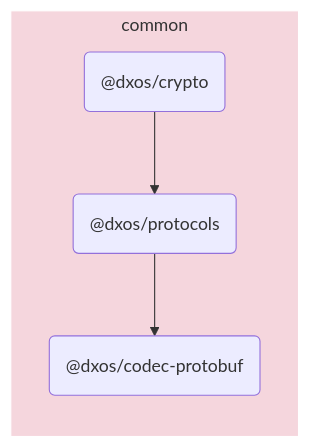
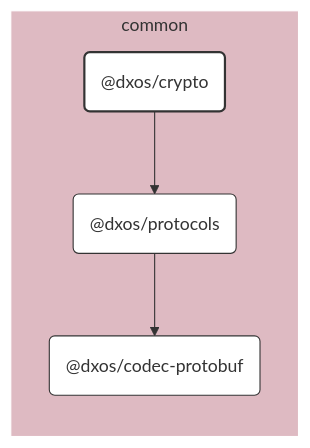
Before and after one commit to dxos/dxos: the diagram in packages/common/crypto/docs/README.md, drawn with Mermaid. The commit also changed other lines of this file and 109 other files, not shown here.

````diff
--- a/packages/common/crypto/docs/README.md
+++ b/packages/common/crypto/docs/README.md
@@ -5,13 +7,33 @@
 ```mermaid
-flowchart LR;
+%%{ init: {'flowchart':{'curve':'basis'}} }%%
 
+flowchart LR
+
+%% Links
+dxos/crypto --> dxos/protocols;
+dxos/protocols --> dxos/codec-protobuf;
+
+%% Sections
 subgraph common
-  style common fill:#f5d6dd,stroke:#fff;
-  dxos/crypto("@dxos/crypto");
-  dxos/protocols("@dxos/protocols");
-  dxos/codec-protobuf("@dxos/codec-protobuf");
+  style common fill:#debac2,stroke:#fff;
+
+  dxos/codec-protobuf("@dxos/codec-protobuf")
+  dxos/crypto("@dxos/crypto")
+  dxos/protocols("@dxos/protocols")
 end
 
-dxos/crypto --> dxos/protocols;
-dxos/protocols --> dxos/codec-protobuf;
+
+%% Hyperlinks
+click dxos/codec-protobuf href "https:/github.com/dxos/dxos/tree/main/packages/common/codec-protobuf/docs";
+click dxos/protocols href "https:/github.com/dxos/dxos/tree/main/packages/common/protocols/docs";
+
+%% Styles
+classDef rootNode fill:#fff,stroke:#333,stroke-width:2px
+classDef defaultNode fill:#fff,stroke:#333,stroke-width:1px
+linkStyle default stroke:#333,stroke-width:1px
+
+dxos/crypto:::rootNode
+
+dxos/codec-protobuf:::defaultNode
+dxos/protocols:::defaultNode
 ```
````
